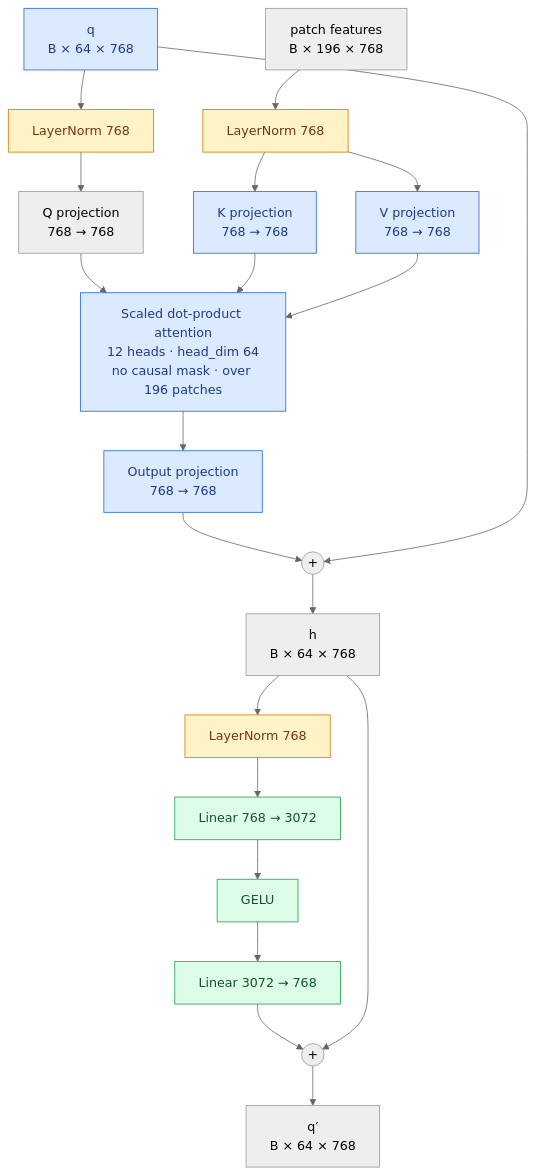
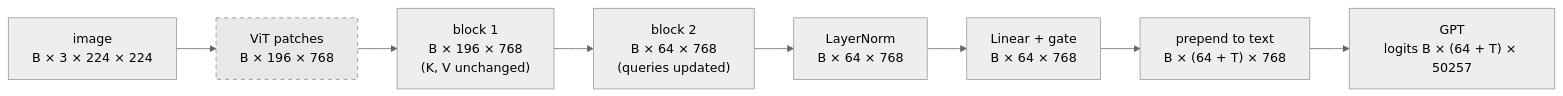
Before and after one commit to AsishKumarDalal/medicalvllm: the sixth of 9 diagrams in experiment/connector.md, drawn with Mermaid (neutral theme). The commit also changed other lines of this file, not shown here.

Commit message:
Rewrite connector.md: simple Mermaid-first explanation, kept detailed spec

````diff
--- a/experiment/connector.md
+++ b/experiment/connector.md
@@ -90,32 +159,12 @@
 ```mermaid
-flowchart TB
-    Q["q<br/>B × 64 × 768"] --> LNQ["LayerNorm 768"]
-    KV["patch features<br/>B × 196 × 768"] --> LNKV["LayerNorm 768"]
+flowchart LR
+    A["image<br/>B × 3 × 224 × 224"] --> B["ViT patches<br/>B × 196 × 768"]
+    B --> C["block 1<br/>B × 196 × 768<br/>(K, V unchanged)"]
+    C --> D["block 2<br/>B × 64 × 768<br/>(queries updated)"]
+    D --> E["LayerNorm<br/>B × 64 × 768"]
+    E --> F["Linear + gate<br/>B × 64 × 768"]
+    F --> G["prepend to text<br/>B × (64 + T) × 768"]
+    G --> H["GPT<br/>logits B × (64 + T) × 50257"]
 
-    LNQ --> QP["Q projection<br/>768 → 768"]
-    LNKV --> KP["K projection<br/>768 → 768"]
-    LNKV --> VP["V projection<br/>768 → 768"]
-
-    QP --> ATTN["Scaled dot-product attention<br/>12 heads · head_dim 64<br/>no causal mask · over 196 patches"]
-    KP --> ATTN
-    VP --> ATTN
-    ATTN --> OP["Output projection<br/>768 → 768"]
-    OP --> R1(("+"))
-    Q --> R1
-    R1 --> H["h<br/>B × 64 × 768"]
-
-    H --> LNF["LayerNorm 768"]
-    LNF --> F1["Linear 768 → 3072"]
-    F1 --> GELU["GELU"]
-    GELU --> F2["Linear 3072 → 768"]
-    F2 --> R2(("+"))
-    H --> R2
-    R2 --> OUT["q′<br/>B × 64 × 768"]
-
-    classDef norm fill:#fef3c7,stroke:#d97706,color:#78350f
-    classDef attn fill:#dbeafe,stroke:#2563eb,color:#1e3a8a
-    classDef ff fill:#dcfce7,stroke:#16a34a,color:#14532d
-    class LNQ,LNKV,LNF norm
-    class ATTN,Q,OP,KP,VP attn
-    class F1,F2,GELU ff
+    style B fill:#e8e8e8,stroke:#888,stroke-dasharray:5 5
 ```
````
